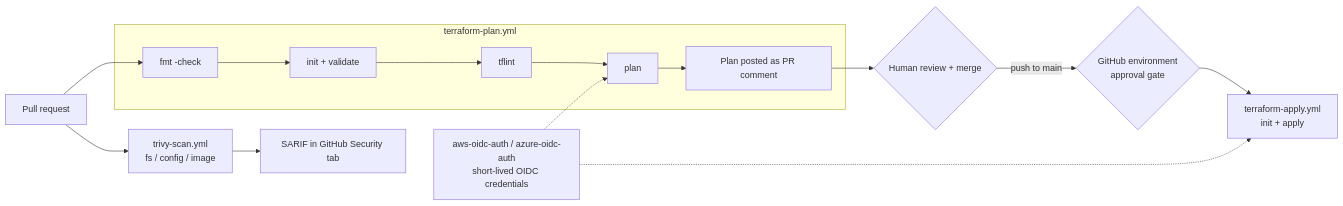
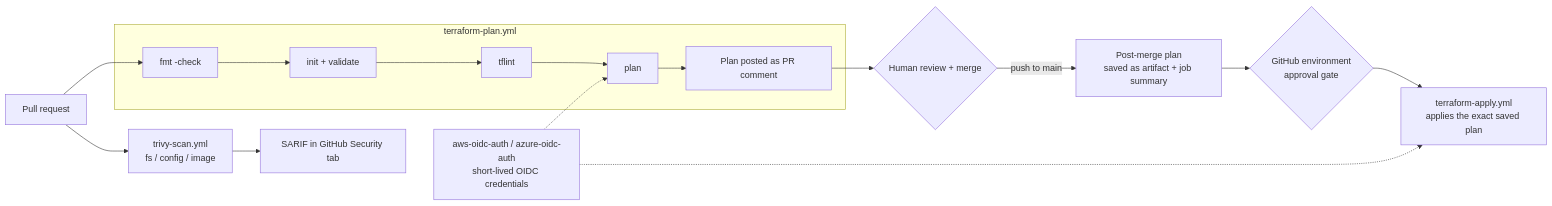
The diagram in README.md (Krustytoe/platform-workflows), drawn with Mermaid before and after one commit. The commit also changed other lines of this file and 3 other files, not shown here.

First line of the commit message:
feat!: apply the reviewed plan behind an environment gate (#6)

````diff
--- a/README.md
+++ b/README.md
@@ -7,32 +7,35 @@
 ```mermaid
 flowchart LR
   pr["Pull request"]
 
   subgraph plan["terraform-plan.yml"]
     p1["fmt -check"]
     p2["init + validate"]
     p3["tflint"]
     p4["plan"]
     p5["Plan posted as PR comment"]
   end
 
+  replan["Post-merge plan<br/>saved as artifact + job summary"]
+
   scan["trivy-scan.yml<br/>fs / config / image"]
   sarif["SARIF in GitHub Security tab"]
   review{"Human review + merge"}
   gate{"GitHub environment<br/>approval gate"}
-  apply["terraform-apply.yml<br/>init + apply"]
+  apply["terraform-apply.yml<br/>applies the exact saved plan"]
   auth["aws-oidc-auth / azure-oidc-auth<br/>short-lived OIDC credentials"]
 
   pr --> p1
   p1 --> p2
   p2 --> p3
   p3 --> p4
   p4 --> p5
   pr --> scan
   scan --> sarif
   p5 --> review
-  review -- "push to main" --> gate
+  review -- "push to main" --> replan
+  replan --> gate
   gate --> apply
   auth -.-> p4
   auth -.-> apply
 ```
````
